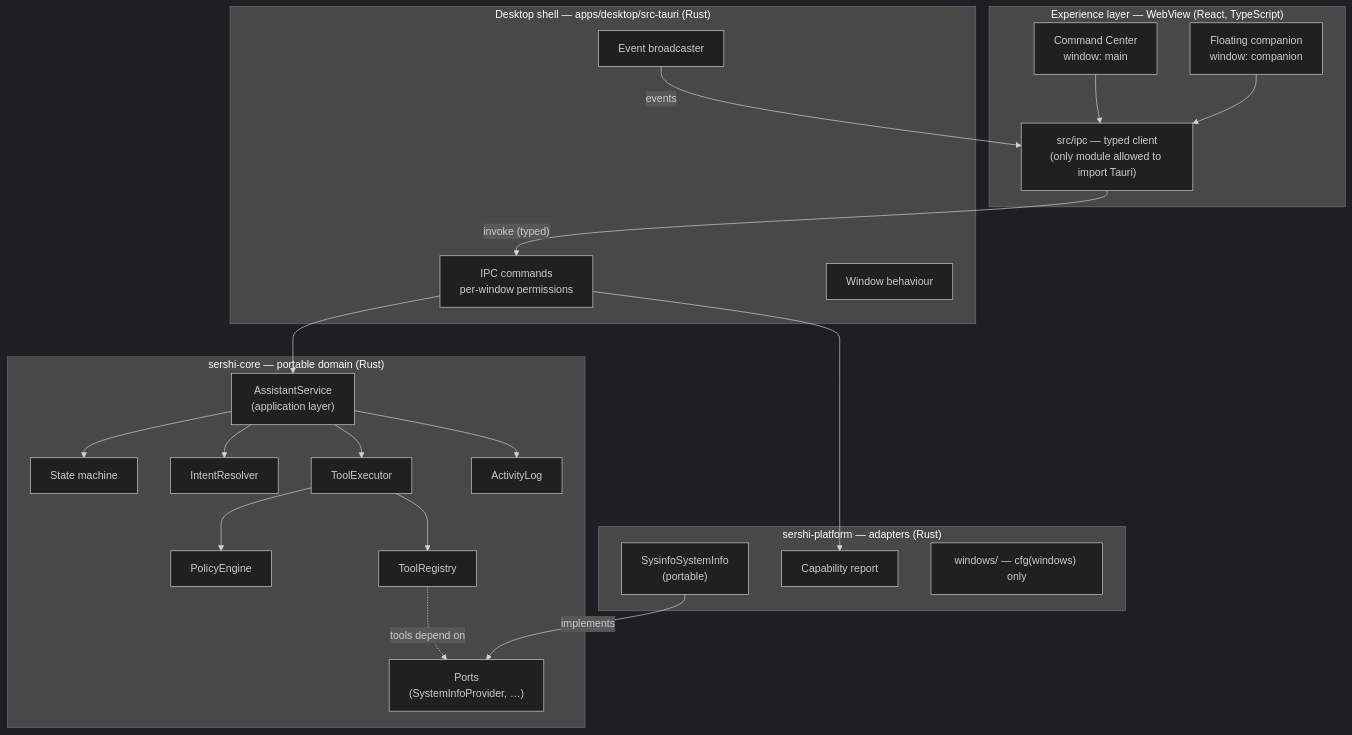
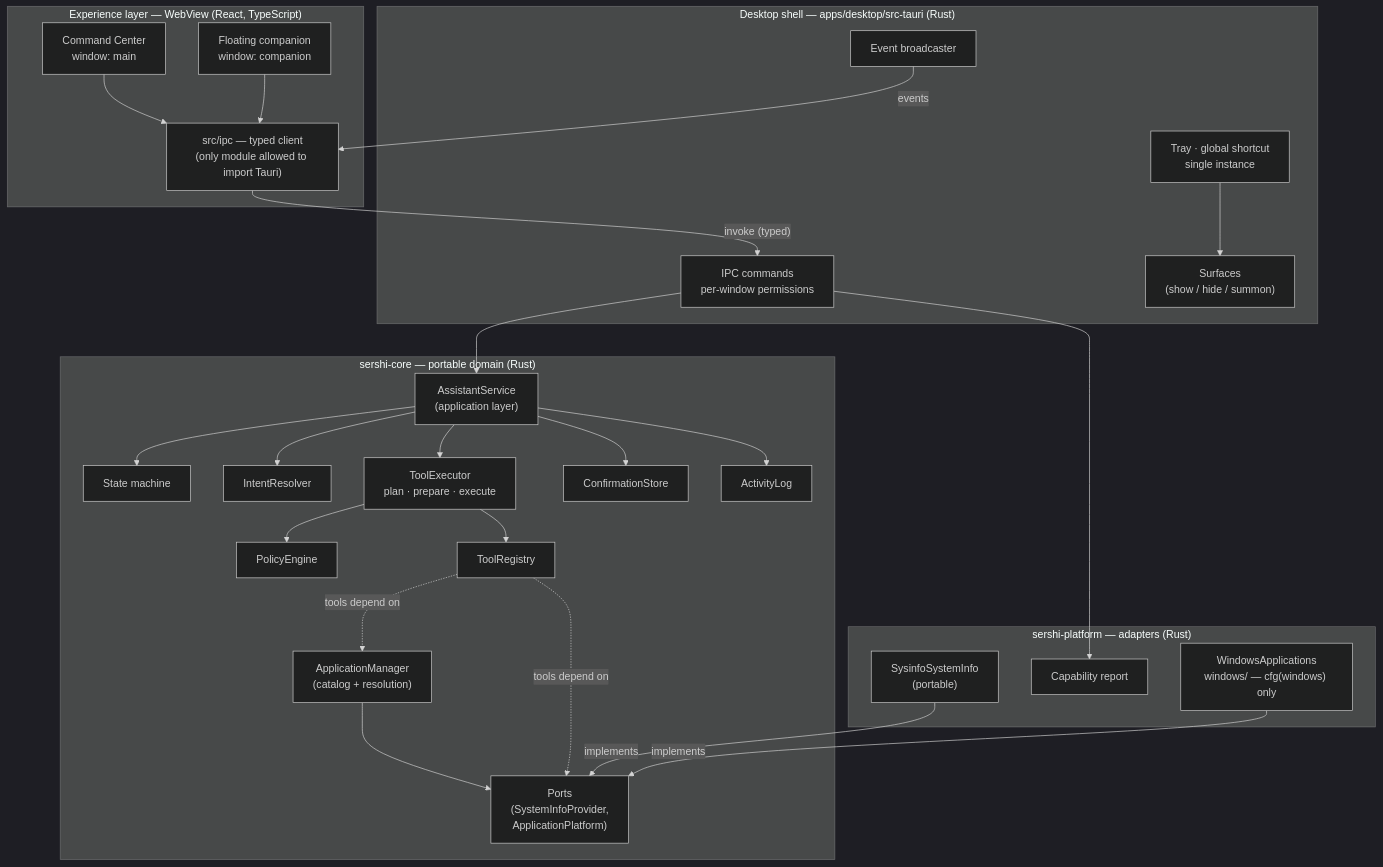
The first of 4 diagrams in docs/ARCHITECTURE.md (jpablortiz96/SERSHI), drawn with Mermaid (dark theme) before and after one commit. The commit also changed other lines of this file and 13 other files, not shown here.

First line of the commit message:
docs: applications guide, ADRs 0009-0010 and Windows validation checklist

````diff
--- a/docs/ARCHITECTURE.md
+++ b/docs/ARCHITECTURE.md
@@ -13,42 +13,49 @@
 ```mermaid
 flowchart TB
     subgraph UI["Experience layer — WebView (React, TypeScript)"]
         CC["Command Center<br/>window: main"]
         CO["Floating companion<br/>window: companion"]
         IPCC["src/ipc — typed client<br/>(only module allowed to import Tauri)"]
         CC --> IPCC
         CO --> IPCC
     end
 
     subgraph Shell["Desktop shell — apps/desktop/src-tauri (Rust)"]
         CMD["IPC commands<br/>per-window permissions"]
         EV["Event broadcaster"]
-        WIN["Window behaviour"]
+        WIN["Surfaces<br/>(show / hide / summon)"]
+        TRAY["Tray · global shortcut<br/>single instance"]
     end
 
     subgraph Core["sershi-core — portable domain (Rust)"]
         SVC["AssistantService<br/>(application layer)"]
         SM["State machine"]
         INT["IntentResolver"]
-        EXE["ToolExecutor"]
+        EXE["ToolExecutor<br/>plan · prepare · execute"]
+        CONF["ConfirmationStore"]
+        APPS["ApplicationManager<br/>(catalog + resolution)"]
         POL["PolicyEngine"]
         REG["ToolRegistry"]
         ACT["ActivityLog"]
-        PORTS["Ports<br/>(SystemInfoProvider, …)"]
+        PORTS["Ports<br/>(SystemInfoProvider,<br/>ApplicationPlatform)"]
     end
 
     subgraph Platform["sershi-platform — adapters (Rust)"]
         SYS["SysinfoSystemInfo<br/>(portable)"]
         CAP["Capability report"]
-        WINMOD["windows/ — cfg(windows) only"]
+        WINMOD["WindowsApplications<br/>windows/ — cfg(windows) only"]
     end
 
     IPCC -- "invoke (typed)" --> CMD
     EV -- "events" --> IPCC
     CMD --> SVC
-    SVC --> SM & INT & EXE & ACT
+    SVC --> SM & INT & EXE & ACT & CONF
     EXE --> POL & REG
+    REG -. "tools depend on" .-> APPS
+    APPS --> PORTS
     REG -. "tools depend on" .-> PORTS
     SYS -- implements --> PORTS
+    WINMOD -- implements --> PORTS
+    TRAY --> WIN
     CMD --> CAP
 ```
````
